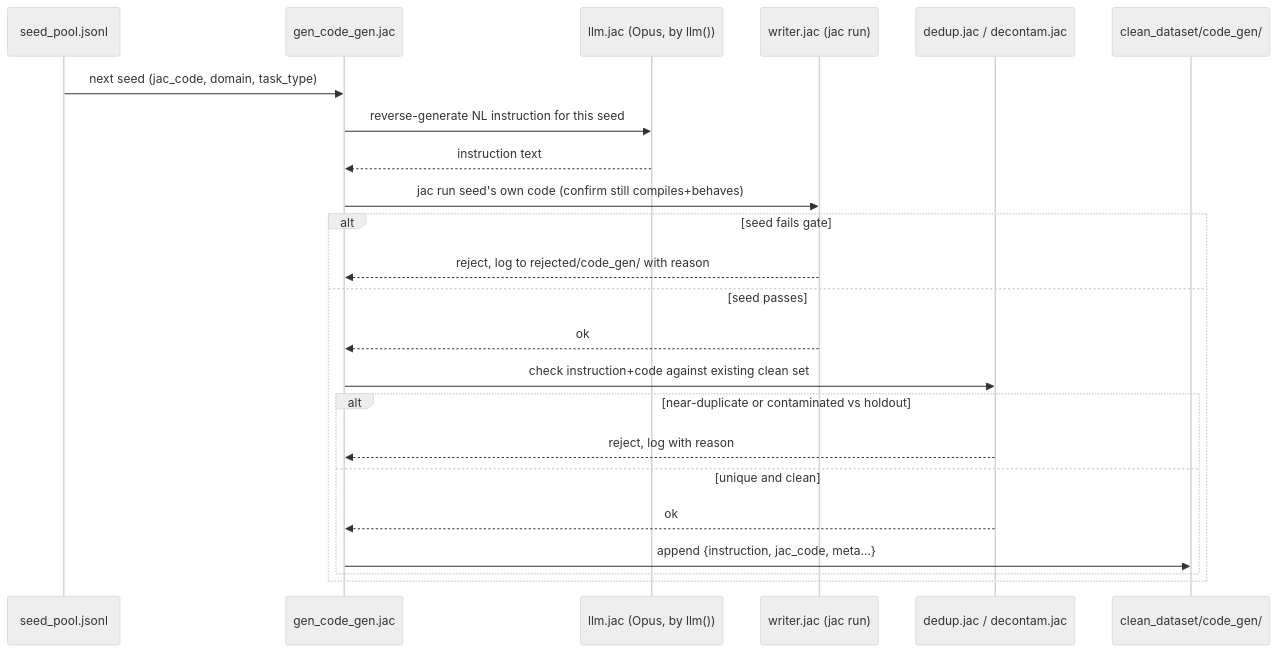
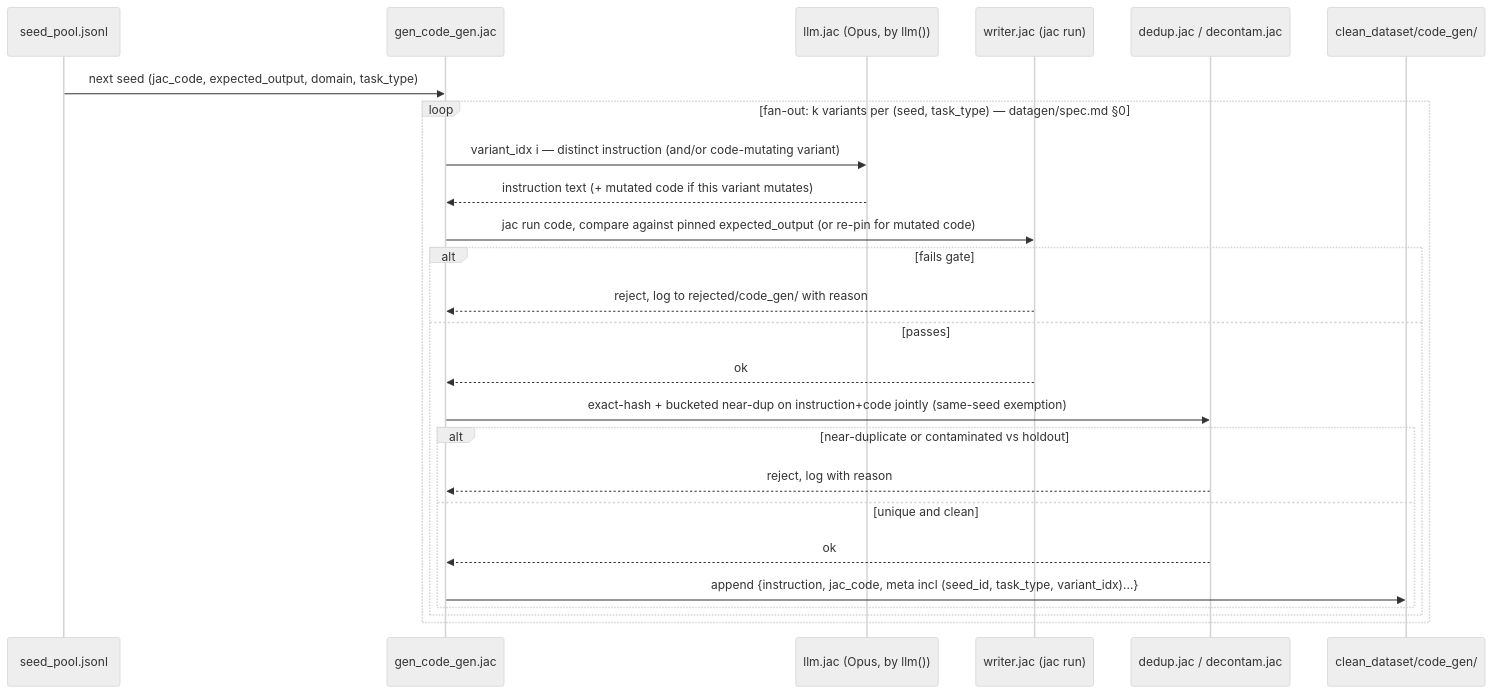
The second of 3 diagrams in 04-cpt-sft/docs/datagen/workflow.md (jaseci-labs/Jac_Model_Experiments), drawn with Mermaid (neutral theme) before and after one commit. The commit also changed other lines of this file and 3 other files, not shown here.

````diff
--- a/04-cpt-sft/docs/datagen/workflow.md
+++ b/04-cpt-sft/docs/datagen/workflow.md
@@ -117,26 +132,28 @@
 ```mermaid
 sequenceDiagram
     participant Seed as seed_pool.jsonl
     participant Gen as gen_code_gen.jac
     participant LLM as llm.jac (Opus, by llm())
     participant Gate as writer.jac (jac run)
     participant Dedup as dedup.jac / decontam.jac
     participant Out as clean_dataset/code_gen/
 
-    Seed->>Gen: next seed (jac_code, domain, task_type)
-    Gen->>LLM: reverse-generate NL instruction for this seed
-    LLM-->>Gen: instruction text
-    Gen->>Gate: jac run seed's own code (confirm still compiles+behaves)
-    alt seed fails gate
-        Gate-->>Gen: reject, log to rejected/code_gen/ with reason
-    else seed passes
-        Gate-->>Gen: ok
-        Gen->>Dedup: check instruction+code against existing clean set
-        alt near-duplicate or contaminated vs holdout
-            Dedup-->>Gen: reject, log with reason
-        else unique and clean
-            Dedup-->>Gen: ok
-            Gen->>Out: append {instruction, jac_code, meta...}
+    Seed->>Gen: next seed (jac_code, expected_output, domain, task_type)
+    loop fan-out: k variants per (seed, task_type) — datagen/spec.md §0
+        Gen->>LLM: variant_idx i — distinct instruction (and/or code-mutating variant)
+        LLM-->>Gen: instruction text (+ mutated code if this variant mutates)
+        Gen->>Gate: jac run code, compare against pinned expected_output (or re-pin for mutated code)
+        alt fails gate
+            Gate-->>Gen: reject, log to rejected/code_gen/ with reason
+        else passes
+            Gate-->>Gen: ok
+            Gen->>Dedup: exact-hash + bucketed near-dup on instruction+code jointly (same-seed exemption)
+            alt near-duplicate or contaminated vs holdout
+                Dedup-->>Gen: reject, log with reason
+            else unique and clean
+                Dedup-->>Gen: ok
+                Gen->>Out: append {instruction, jac_code, meta incl (seed_id, task_type, variant_idx)...}
+            end
         end
     end
 ```
````
